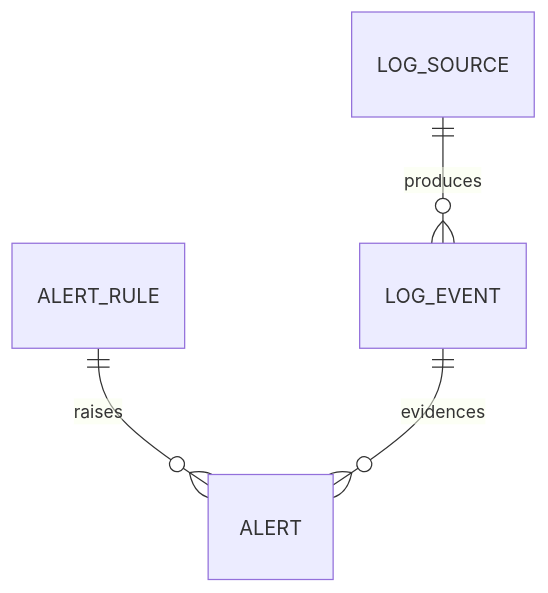
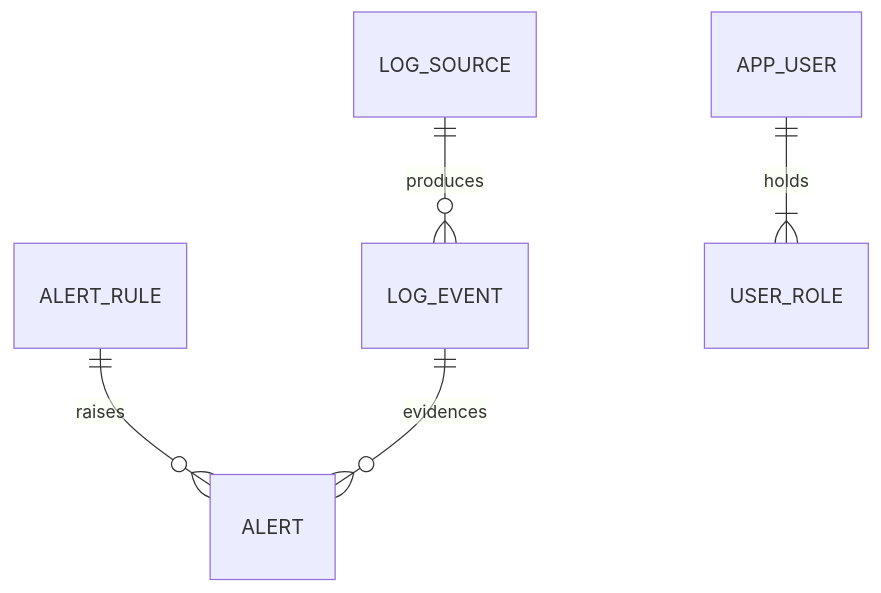
One commit to AI-SIEM-logs-analyzer/ai-siem-logs-analyzer changed the third of 3 diagrams in docs/ARCHITECTURE.md. Above: the diagram before and after it, drawn with Mermaid. The commit also changed other lines of this file and 22 other files, not shown here.

````diff
--- a/docs/ARCHITECTURE.md
+++ b/docs/ARCHITECTURE.md
@@ -94,6 +95,7 @@
 ```mermaid
 erDiagram
     LOG_SOURCE ||--o{ LOG_EVENT : produces
     ALERT_RULE ||--o{ ALERT : raises
     LOG_EVENT  ||--o{ ALERT : evidences
+    APP_USER   ||--|{ USER_ROLE : holds
 ```
````
